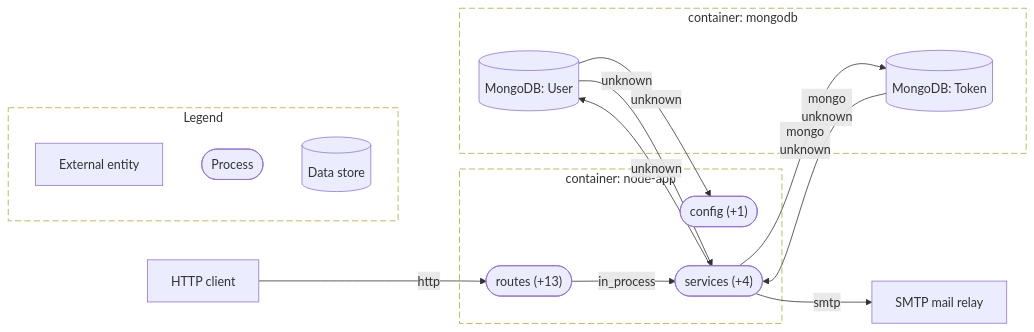
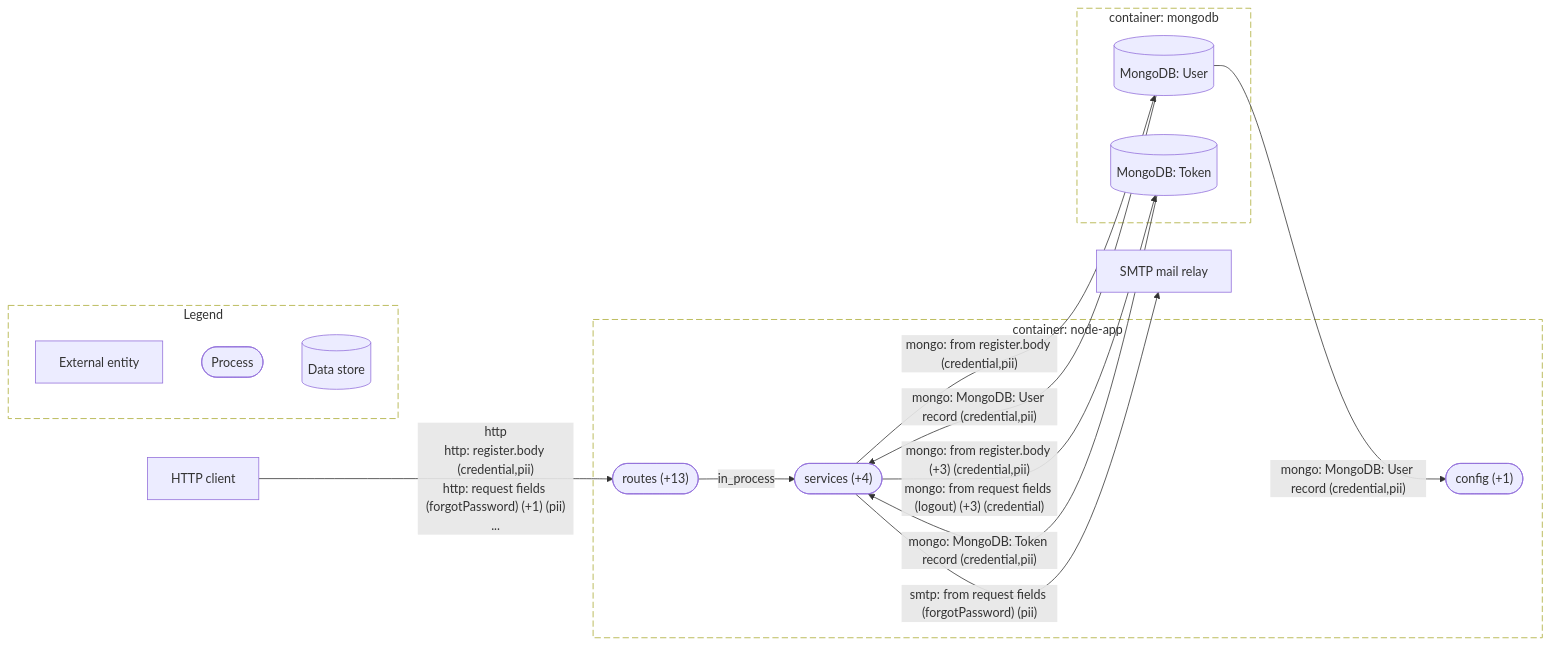
The diagram in evaluation/node-express-boilerplate/diagrams/dfd-l1.mmd (AskShri/code2designmapping), drawn with Mermaid before and after one commit. The commit also changed 525 other files, not shown here.

First line of the commit message:
code2design v0.5: one fact vocabulary, one routing model, class-aware call graph

```diff
--- a/evaluation/node-express-boilerplate/diagrams/dfd-l1.mmd
+++ b/evaluation/node-express-boilerplate/diagrams/dfd-l1.mmd
@@ -1,29 +1,29 @@
-%% L1: node-express-boilerplate
+%% L1 - node-express-boilerplate
 flowchart LR
+  subgraph bnd_4tjp4yui4o["container: node-app"]
+    proc_f5s7zdyd53(["config (+1)"])
+    proc_fgezikvj6p(["services (+4)"])
+    proc_otosc4pvai(["routes (+13)"])
+  end
   subgraph bnd_3bw6z3ysco["container: mongodb"]
     store_x3kis6s6op[("MongoDB: User")]
     store_yc7brpyrnt[("MongoDB: Token")]
   end
-  subgraph bnd_4tjp4yui4o["container: node-app"]
-    proc_5vydvlkasi(["routes (+13)"])
-    proc_bpqq5xqdm5(["config (+1)"])
-    proc_rqphn3okpc(["services (+4)"])
-  end
   ext_l2biskukaq["SMTP mail relay"]
   ext_sga4qktkap["HTTP client"]
-  ext_sga4qktkap -->|"http"| proc_5vydvlkasi
-  proc_5vydvlkasi -->|"in_process"| proc_rqphn3okpc
-  proc_rqphn3okpc -->|"smtp"| ext_l2biskukaq
-  proc_rqphn3okpc -->|"unknown"| store_x3kis6s6op
-  proc_rqphn3okpc -->|"mongo<br/>unknown"| store_yc7brpyrnt
-  store_x3kis6s6op -->|"unknown"| proc_bpqq5xqdm5
-  store_x3kis6s6op -->|"unknown"| proc_rqphn3okpc
-  store_yc7brpyrnt -->|"mongo<br/>unknown"| proc_rqphn3okpc
+  ext_sga4qktkap -->|"http<br/>http: register.body (credential,pii)<br/>http: request fields (forgotPassword) (+1) (pii)<br/>..."| proc_otosc4pvai
+  proc_fgezikvj6p -->|"smtp: from request fields (forgotPassword) (pii)"| ext_l2biskukaq
+  proc_fgezikvj6p -->|"mongo: from register.body (credential,pii)"| store_x3kis6s6op
+  proc_fgezikvj6p -->|"mongo: from register.body (+3) (credential,pii)<br/>mongo: from request fields (logout) (+3) (credential)"| store_yc7brpyrnt
+  proc_otosc4pvai -->|"in_process"| proc_fgezikvj6p
+  store_x3kis6s6op -->|"mongo: MongoDB: User record (credential,pii)"| proc_f5s7zdyd53
+  store_x3kis6s6op -->|"mongo: MongoDB: User record (credential,pii)"| proc_fgezikvj6p
+  store_yc7brpyrnt -->|"mongo: MongoDB: Token record (credential,pii)"| proc_fgezikvj6p
+  style bnd_4tjp4yui4o stroke-dasharray: 8 4,fill:none
   style bnd_3bw6z3ysco stroke-dasharray: 8 4,fill:none
-  style bnd_4tjp4yui4o stroke-dasharray: 8 4,fill:none
   subgraph legend["Legend"]
     lg_e["External entity"]
     lg_p(["Process"])
     lg_s[("Data store")]
   end
   style legend stroke-dasharray: 8 4,fill:none
```
